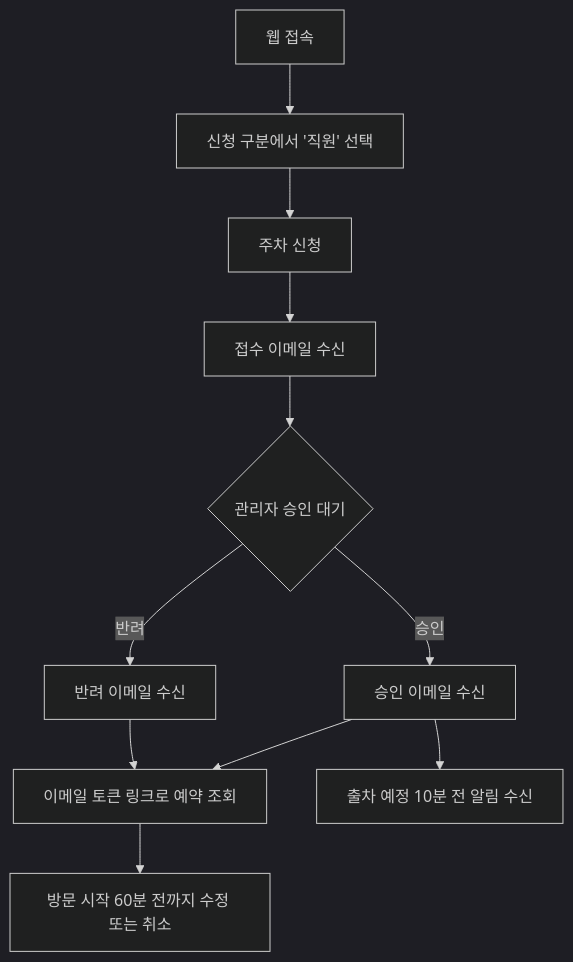
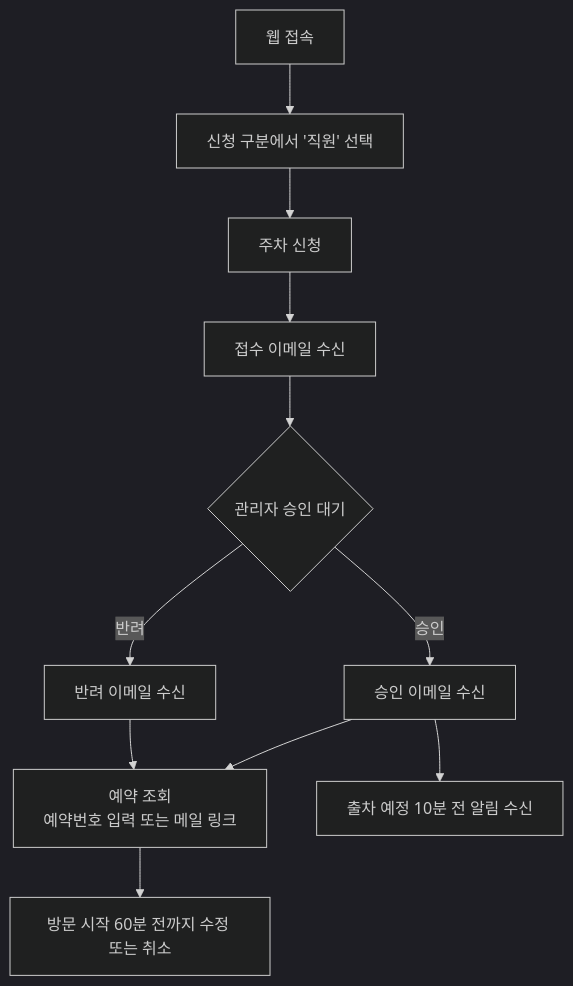
The second of 5 diagrams in README.md (leejyeone/ParkingSystem), drawn with Mermaid (dark theme) before and after one commit. The commit also changed other lines of this file and 66 other files, not shown here.

````diff
--- a/README.md
+++ b/README.md
@@ -164,13 +189,13 @@
 ```mermaid
 flowchart TD
     A[웹 접속] --> B[신청 구분에서 '직원' 선택]
     B --> C[주차 신청]
     C --> D[접수 이메일 수신]
     D --> E{관리자 승인 대기}
     E -->|승인| F[승인 이메일 수신]
     E -->|반려| G[반려 이메일 수신]
-    F --> H[이메일 토큰 링크로 예약 조회]
+    F --> H[예약 조회<br/>예약번호 입력 또는 메일 링크]
     G --> H
     H --> I[방문 시작 60분 전까지 수정 또는 취소]
     F --> J[출차 예정 10분 전 알림 수신]
 ```
````
